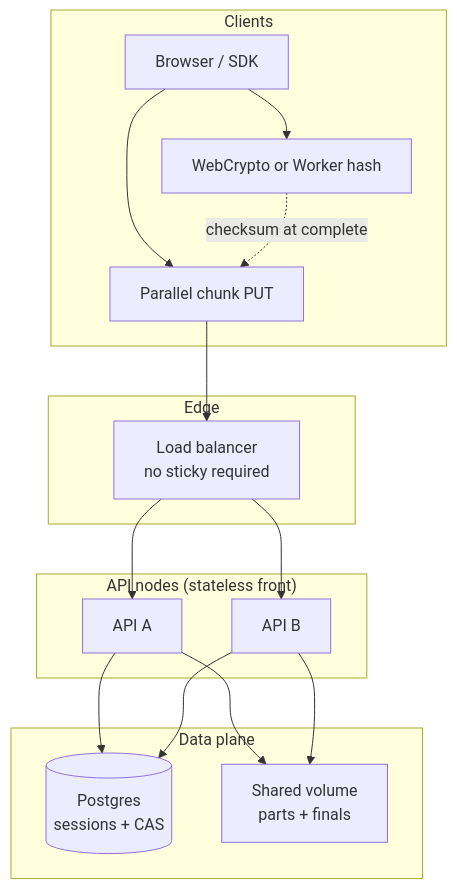
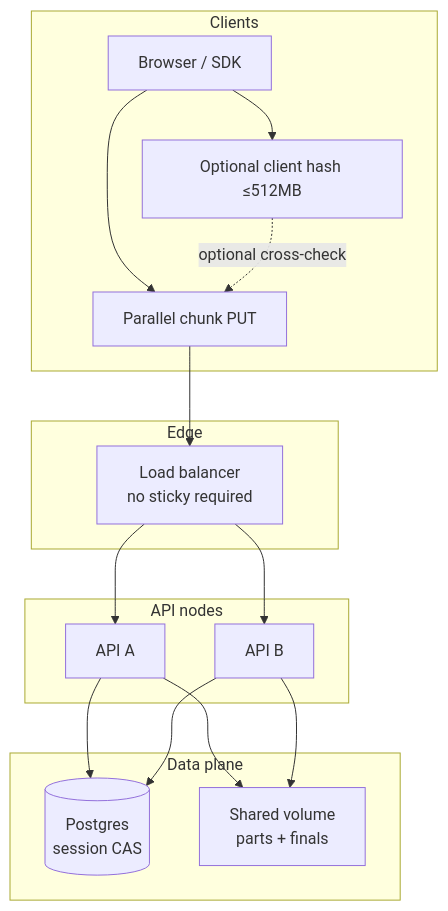
One commit to 0x-mhmdnzri/File-Uploader changed the second of 3 diagrams in README.md. Above: the diagram before and after it, drawn with Mermaid. The commit also changed other lines of this file, not shown here.

Commit message:
docs: rich README — CAS vs SHA integrity, AlwaysComputeFullChecksum, client hash policy

````diff
--- a/README.md
+++ b/README.md
@@ -109,33 +167,33 @@
 ```mermaid
 flowchart TB
   subgraph Clients
     Browser[Browser / SDK]
-    Hash[WebCrypto or Worker hash]
+    OptHash[Optional client hash ≤512MB]
     Up[Parallel chunk PUT]
   end
 
   subgraph Edge
     LB[Load balancer<br/>no sticky required]
   end
 
-  subgraph API["API nodes (stateless front)"]
+  subgraph API["API nodes"]
     A1[API A]
     A2[API B]
   end
 
   subgraph Data plane
-    PG[(Postgres<br/>sessions + CAS)]
+    PG[(Postgres<br/>session CAS)]
     VOL[Shared volume<br/>parts + finals]
   end
 
-  Browser --> Hash
+  Browser --> OptHash
   Browser --> Up
-  Hash -.->|checksum at complete| Up
+  OptHash -.->|optional cross-check| Up
   Up --> LB
   LB --> A1
   LB --> A2
   A1 --> PG
   A2 --> PG
   A1 --> VOL
   A2 --> VOL
 ```
````
